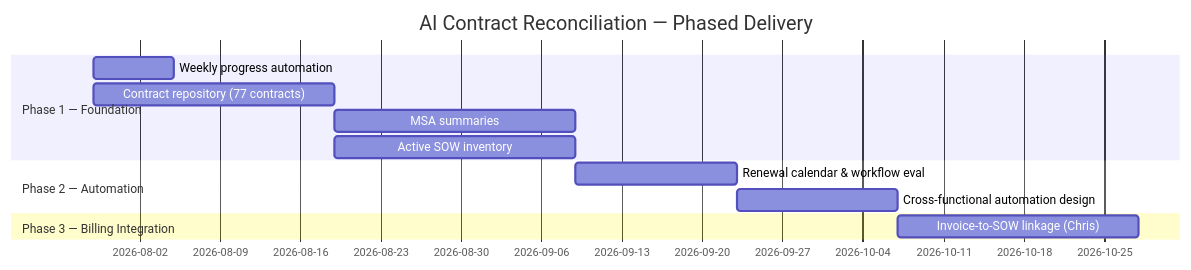
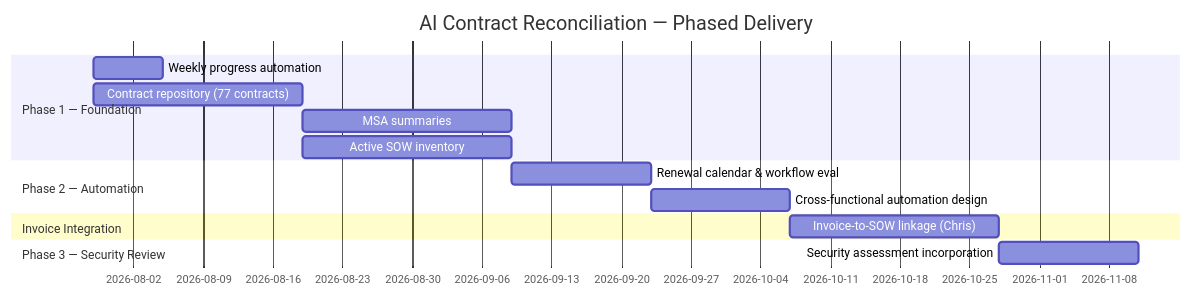
Before and after one commit to jlthomas5516/Seller-Onboarding-: the diagram in docs/AI-Contract-Reconciliation-Project-Plan.md, drawn with Mermaid. The commit also changed other lines of this file, not shown here.

First line of the commit message:
Update project plan with MSA version controls and security phase

````diff
--- a/docs/AI-Contract-Reconciliation-Project-Plan.md
+++ b/docs/AI-Contract-Reconciliation-Project-Plan.md
@@ -28,15 +28,17 @@
 ```mermaid
 gantt
     title AI Contract Reconciliation — Phased Delivery
     dateFormat  YYYY-MM-DD
     section Phase 1 — Foundation
     Weekly progress automation           :p1a, 2026-07-29, 7d
     Contract repository (77 contracts) :p1b, 2026-07-29, 21d
     MSA summaries                        :p1c, after p1b, 21d
     Active SOW inventory                 :p1d, after p1b, 21d
     section Phase 2 — Automation
     Renewal calendar & workflow eval     :p2a, after p1c, 14d
     Cross-functional automation design   :p2b, after p2a, 14d
-    section Phase 3 — Billing Integration
-    Invoice-to-SOW linkage (Chris)       :p3a, after p2b, 21d
+    section Invoice Integration
+    Invoice-to-SOW linkage (Chris)       :inv, after p2b, 21d
+    section Phase 3 — Security Review
+    Security assessment incorporation    :p3a, after inv, 14d
 ```
````
